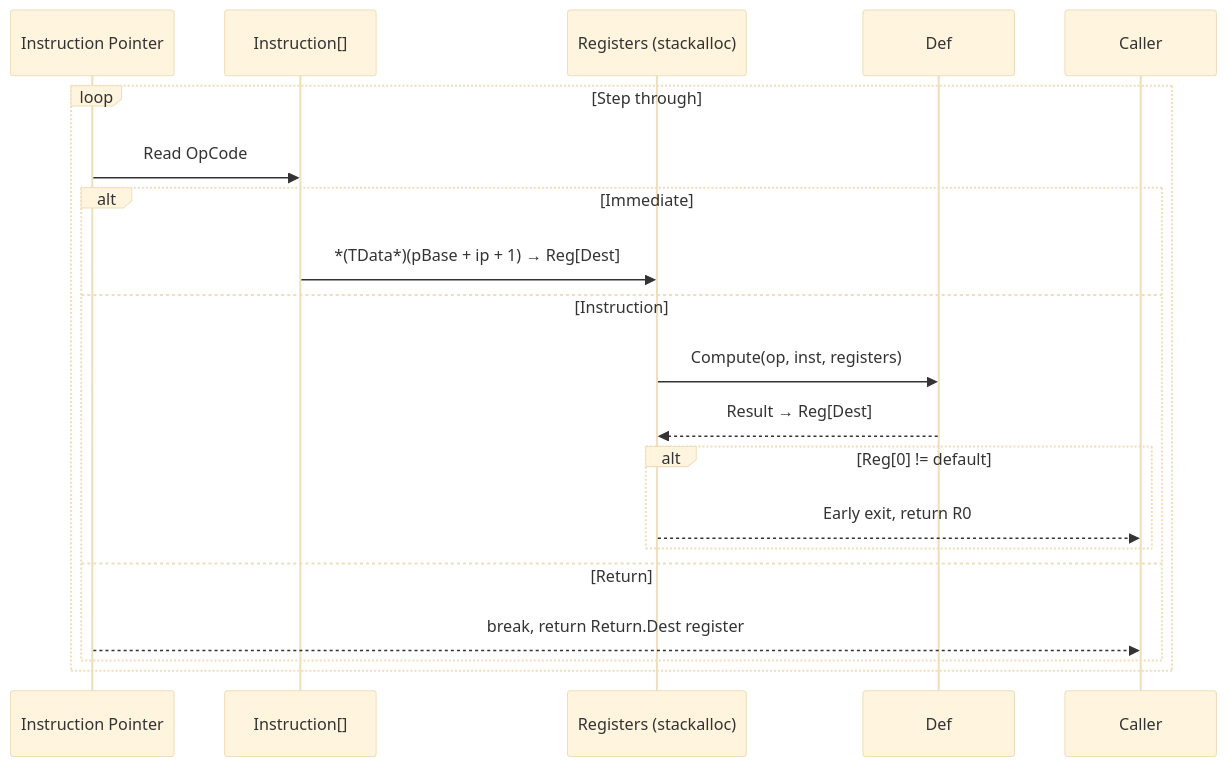
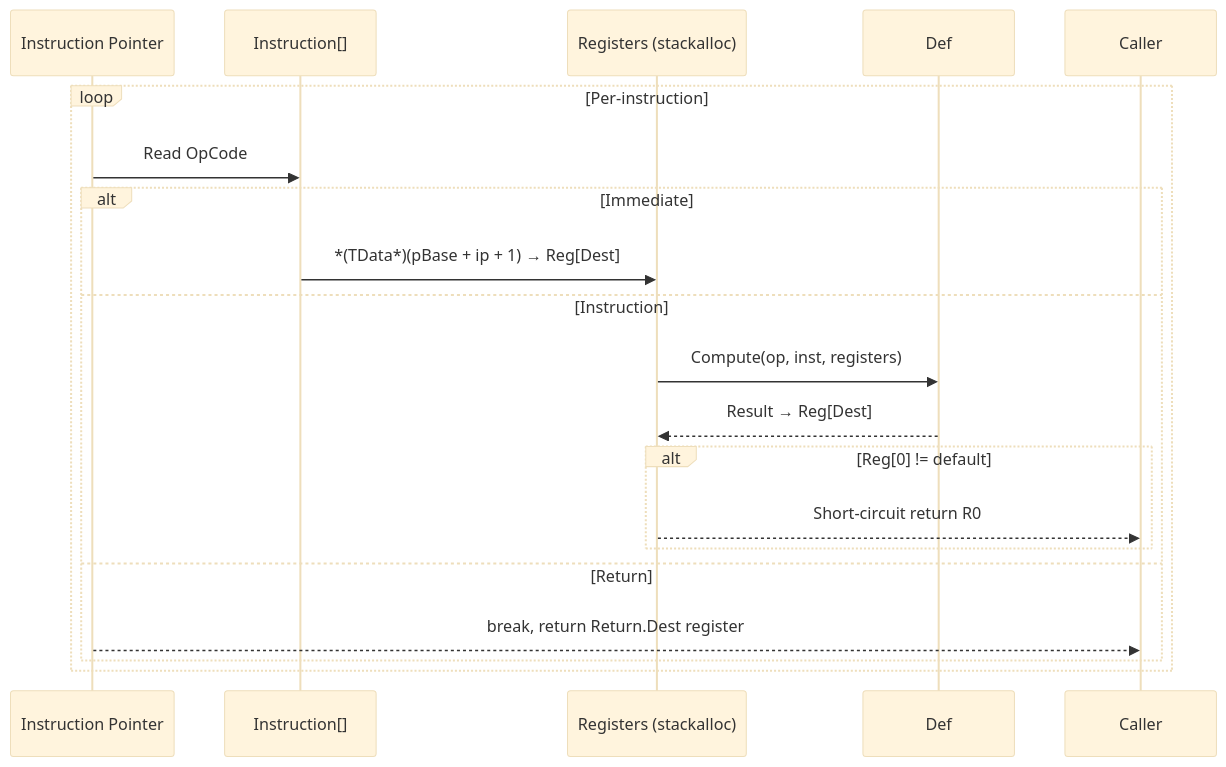
One commit to twds0x13/FluxFormula changed the second of 2 diagrams in docs/en/technical/internals.md. Above: the diagram before and after it, drawn with Mermaid (base theme). The commit also changed other lines of this file and 20 other files, not shown here.

````diff
--- a/docs/en/technical/internals.md
+++ b/docs/en/technical/internals.md
@@ -30,21 +34,21 @@
 ```mermaid
 sequenceDiagram
     participant IP as Instruction Pointer
     participant Buf as Instruction[]
     participant Reg as Registers (stackalloc)
 
-    loop Step through
+    loop Per-instruction
         IP ->> Buf: Read OpCode
         alt Immediate
             Buf ->> Reg: *(TData*)(pBase + ip + 1) → Reg[Dest]
         else Instruction
             Reg ->> Def: Compute(op, inst, registers)
             Def -->> Reg: Result → Reg[Dest]
             alt Reg[0] != default
-                Reg -->> Caller: Early exit, return R0
+                Reg -->> Caller: Short-circuit return R0
             end
         else Return
             IP -->> Caller: break, return Return.Dest register
         end
     end
 ```
````
